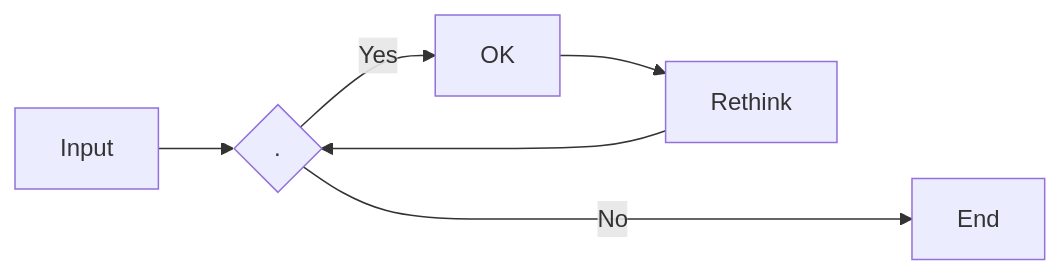
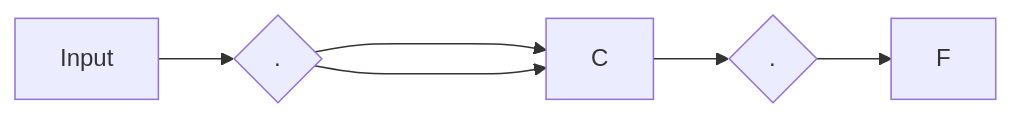
Before and after one commit to setrar/dsp: the fourth of 4 diagrams in signal-processing/kutz/5/README.md, drawn with Mermaid.

````diff
--- a/signal-processing/kutz/5/README.md
+++ b/signal-processing/kutz/5/README.md
@@ -68,8 +68,8 @@
 ```mermaid
 flowchart LR
     A[Input] --> B{.}
-    B -->|Yes| C[OK]
-    C --> D[Rethink]
-    D --> B
-    B ---->|No| E[End]
+    B --> C
+    B ----> C
+    C --> E{.}
+    E --> F
 ```
````
